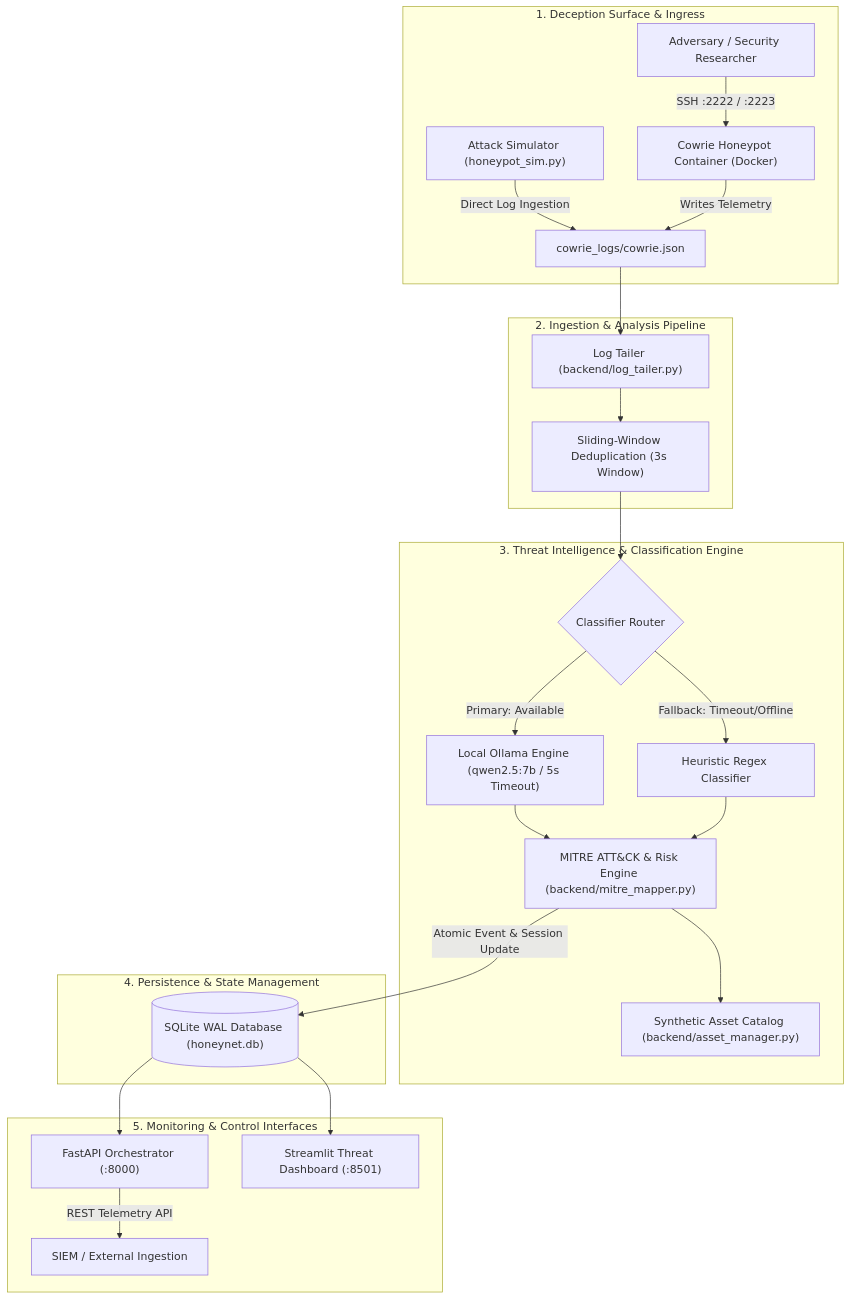
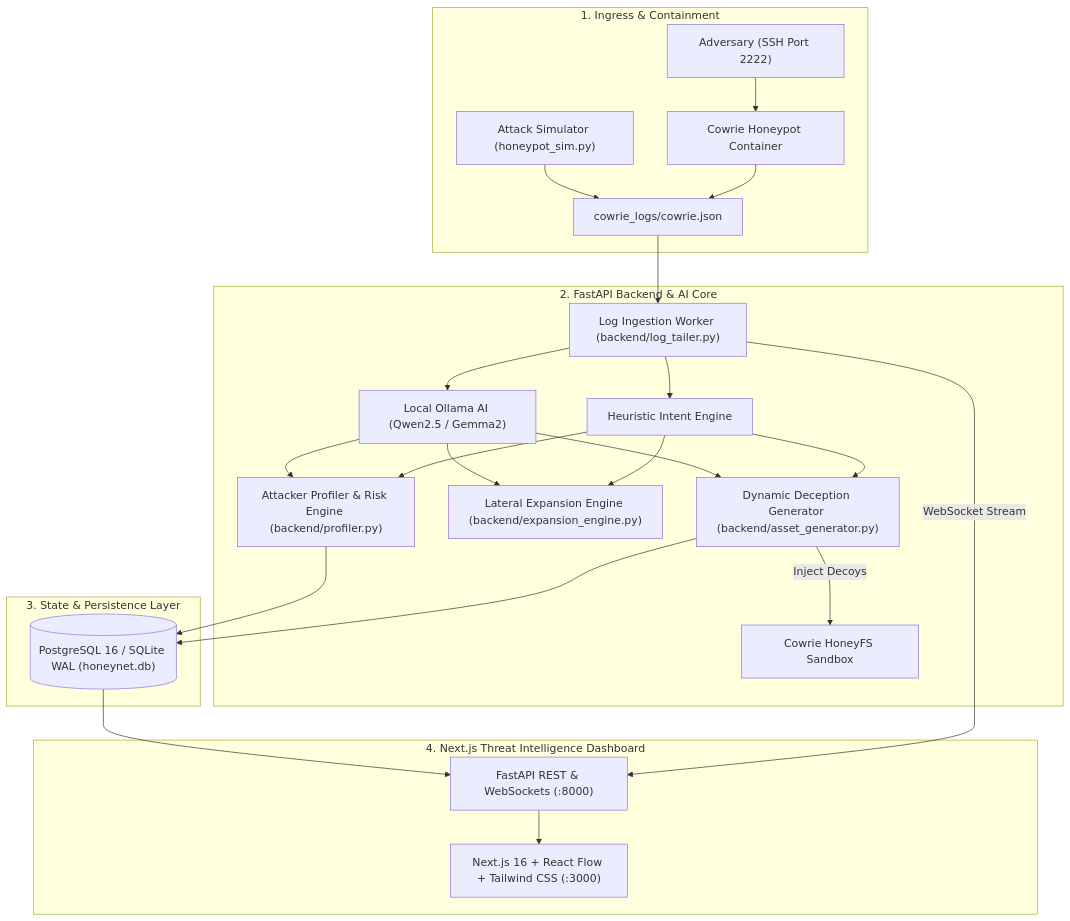
One commit to prathameshmore07/honeynet changed the diagram in README.md. Above: the diagram before and after it, drawn with Mermaid. The commit also changed other lines of this file and 42 other files, not shown here.

Commit message:
feat: complete HoneyNet AI adaptive honeynet with Next.js React Flow SOC dashboard, PostgreSQL, and multi-stage lateral deception

````diff
--- a/README.md
+++ b/README.md
@@ -23,51 +21,43 @@
 ```mermaid
 flowchart TD
-    subgraph DeceptionSurface ["1. Deception Surface & Ingress"]
-        Attacker["Adversary / Security Researcher"]
+    subgraph DeceptionSurface ["1. Ingress & Containment"]
+        Attacker["Adversary (SSH Port 2222)"]
         Simulator["Attack Simulator (honeypot_sim.py)"]
-        Cowrie["Cowrie Honeypot Container (Docker)"]
+        Cowrie["Cowrie Honeypot Container"]
         CowrieLog["cowrie_logs/cowrie.json"]
         
-        Attacker -->|SSH :2222 / :2223| Cowrie
-        Simulator -->|Direct Log Ingestion| CowrieLog
-        Cowrie -->|Writes Telemetry| CowrieLog
+        Attacker --> Cowrie
+        Simulator --> CowrieLog
+        Cowrie --> CowrieLog
     end
 
-    subgraph ProcessingPipeline ["2. Ingestion & Analysis Pipeline"]
-        LogTailer["Log Tailer (backend/log_tailer.py)"]
-        DedupeEngine["Sliding-Window Deduplication (3s Window)"]
-        
+    subgraph CoreEngine ["2. FastAPI Backend & AI Core"]
+        LogTailer["Log Ingestion Worker (backend/log_tailer.py)"]
+        OllamaLLM["Local Ollama AI (Qwen2.5 / Gemma2)"]
+        HeuristicFallback["Heuristic Intent Engine"]
+        AssetGen["Dynamic Deception Generator (backend/asset_generator.py)"]
+        ExpansionEngine["Lateral Expansion Engine (backend/expansion_engine.py)"]
+        Profiler["Attacker Profiler & Risk Engine (backend/profiler.py)"]
+        HoneyFS["Cowrie HoneyFS Sandbox"]
+
         CowrieLog --> LogTailer
-        LogTailer --> DedupeEngine
+        LogTailer --> OllamaLLM & HeuristicFallback
+        OllamaLLM & HeuristicFallback --> AssetGen & ExpansionEngine & Profiler
+        AssetGen -->|Inject Decoys| HoneyFS
     end
 
-    subgraph IntelligenceEngine ["3. Threat Intelligence & Classification Engine"]
-        ClassifierRouter{"Classifier Router"}
-        OllamaLLM["Local Ollama Engine (qwen2.5:7b / 5s Timeout)"]
-        HeuristicFallback["Heuristic Regex Classifier"]
-        MitreEngine["MITRE ATT&CK & Risk Engine (backend/mitre_mapper.py)"]
-        AssetManager["Synthetic Asset Catalog (backend/asset_manager.py)"]
-
-        DedupeEngine --> ClassifierRouter
-        ClassifierRouter -->|Primary: Available| OllamaLLM
-        ClassifierRouter -->|Fallback: Timeout/Offline| HeuristicFallback
-        
-        OllamaLLM --> MitreEngine
-        HeuristicFallback --> MitreEngine
-        MitreEngine --> AssetManager
+    subgraph Storage ["3. State & Persistence Layer"]
+        Database[("PostgreSQL 16 / SQLite WAL (honeynet.db)")]
+        Profiler --> Database
+        AssetGen --> Database
     end
 
-    subgraph StorageLayer ["4. Persistence & State Management"]
-        SQLiteDB[("SQLite WAL Database (honeynet.db)")]
-        MitreEngine -->|Atomic Event & Session Update| SQLiteDB
-    end
-
-    subgraph PresentationLayer ["5. Monitoring & Control Interfaces"]
-        FastAPI["FastAPI Orchestrator (:8000)"]
-        Streamlit["Streamlit Threat Dashboard (:8501)"]
+    subgraph SOCDashboard ["4. Next.js Threat Intelligence Dashboard"]
+        NextJS["Next.js 16 + React Flow + Tailwind CSS (:3000)"]
+        FastAPI["FastAPI REST & WebSockets (:8000)"]
         
-        SQLiteDB --> FastAPI
-        SQLiteDB --> Streamlit
-        FastAPI -->|REST Telemetry API| ExternalSIEM["SIEM / External Ingestion"]
+        Database --> FastAPI
+        LogTailer -->|WebSocket Stream| FastAPI
+        FastAPI --> NextJS
     end
 ```
````
